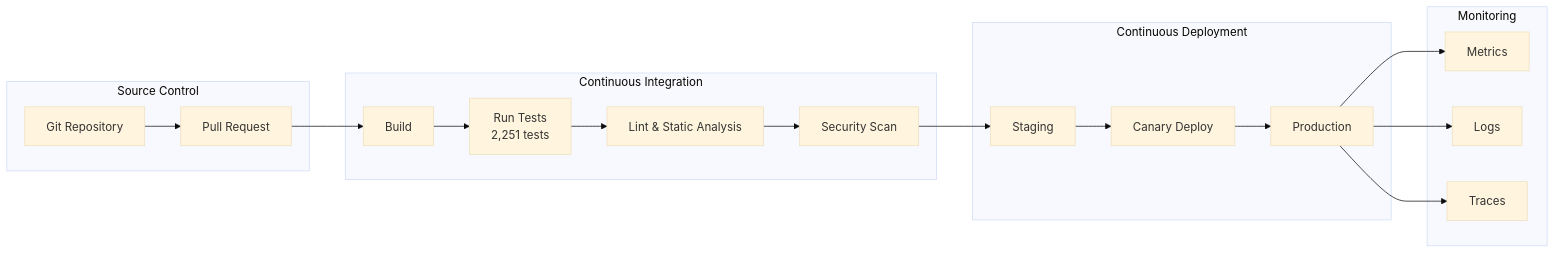
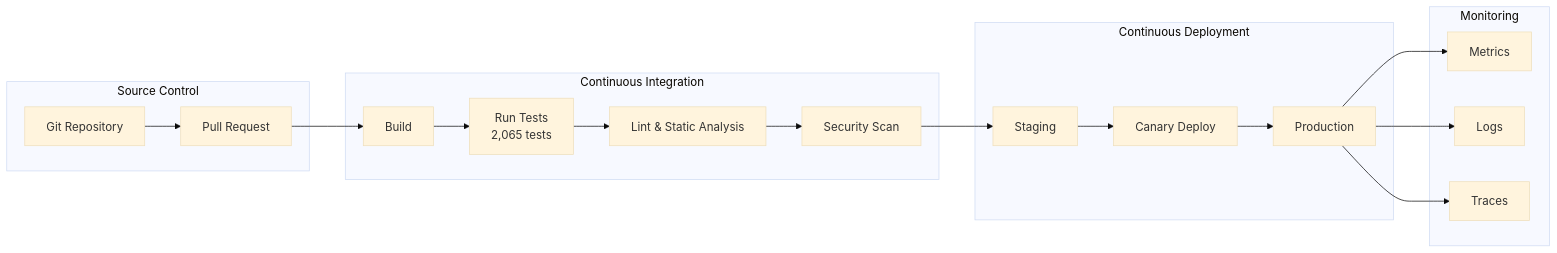
Diagram 13 of 14 in README.md (AAH20/Apex_Omega), drawn with Mermaid (base theme) before and after one commit. The commit also changed other lines of this file and 2 other files, not shown here.

First line of the commit message:
docs: correct test counts to pytest-verified values

````diff
--- a/README.md
+++ b/README.md
@@ -522,32 +522,32 @@
 ```mermaid
 flowchart LR
     subgraph Source["Source Control"]
         GIT[Git Repository]
         PR[Pull Request]
     end
 
     subgraph CI["Continuous Integration"]
         BUILD[Build]
-        TEST[Run Tests\n2,251 tests]
+        TEST[Run Tests\n2,065 tests]
         LINT[Lint & Static Analysis]
         SCAN[Security Scan]
     end
 
     subgraph CD["Continuous Deployment"]
         STAGE[Staging]
         CANARY[Canary Deploy]
         PROD[Production]
     end
 
     subgraph Monitoring["Monitoring"]
         METRICS[Metrics]
         LOGS[Logs]
         TRACES[Traces]
     end
 
     GIT --> PR --> BUILD --> TEST --> LINT --> SCAN
     SCAN --> STAGE --> CANARY --> PROD
     PROD --> METRICS
     PROD --> LOGS
     PROD --> TRACES
 ```
````
